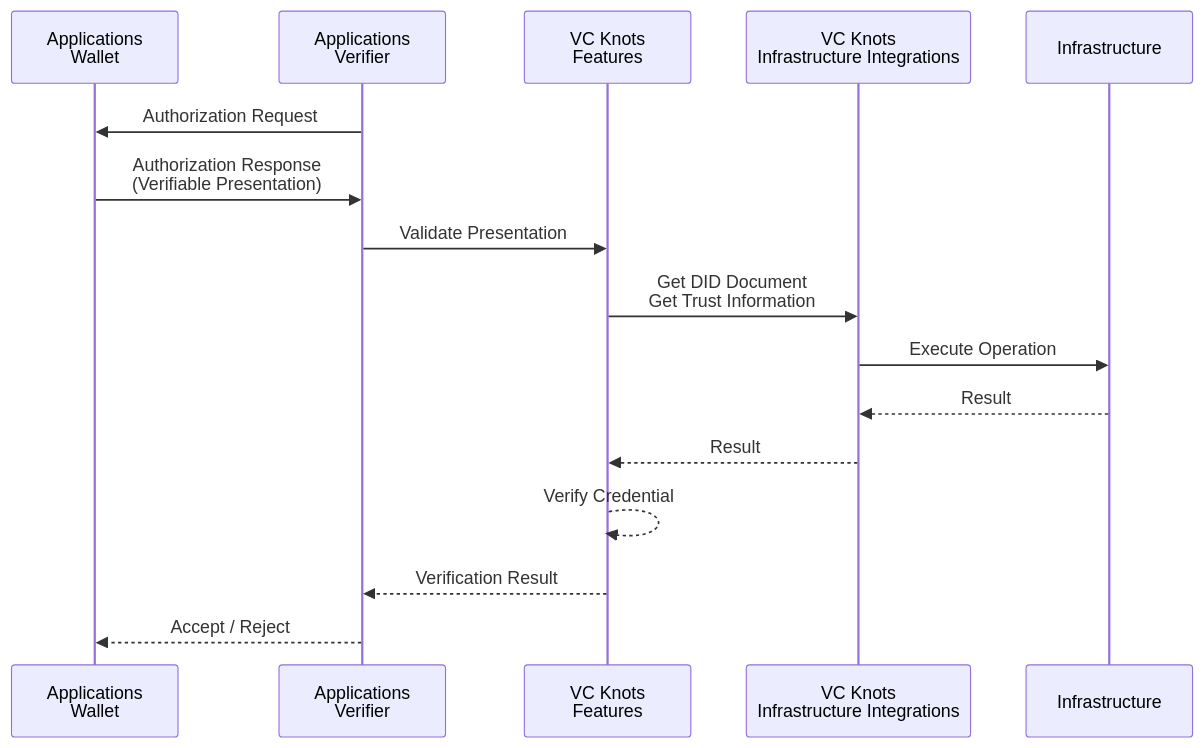
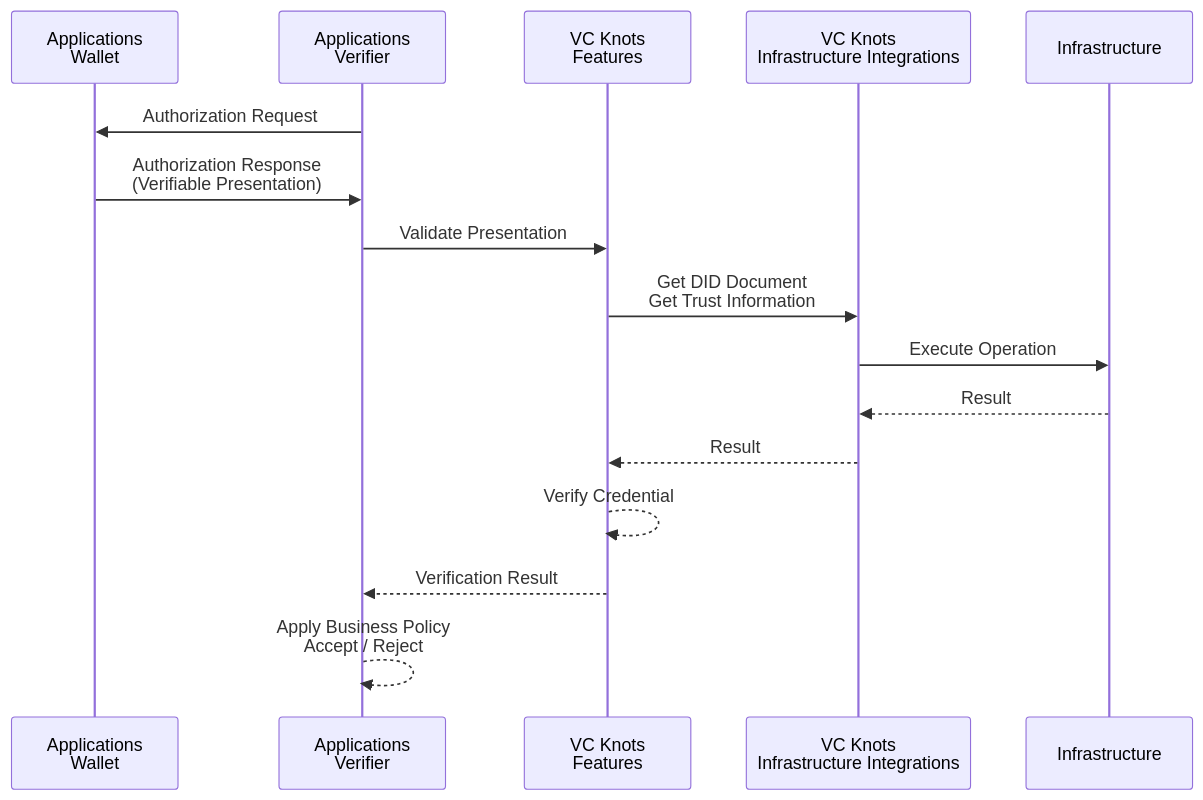
Before and after one commit to trustknots/vcknots: the second of 2 diagrams in docs/en/architecture-overview.md, drawn with Mermaid. The commit also changed 4 other files, not shown here.

Commit message:
docs(architecture-overview): fix review comments at vp flow diagrams

````diff
--- a/docs/en/architecture-overview.md
+++ b/docs/en/architecture-overview.md
@@ -127,21 +127,21 @@
 ```mermaid
 sequenceDiagram
 
     participant wallet as Applications<br/>Wallet
     participant verifier as Applications<br/>Verifier
     participant vcknots as VC Knots<br/>Features
     participant infraint as VC Knots<br/>Infrastructure Integrations
     participant infra as Infrastructure
 
     verifier->>wallet: Authorization Request
     wallet->>verifier: Authorization Response<br/>(Verifiable Presentation)
 
     verifier->>vcknots: Validate Presentation
     vcknots->>infraint: Get DID Document<br/>Get Trust Information
     infraint->>infra: Execute Operation
     infra-->>infraint: Result
     infraint-->>vcknots: Result
     vcknots-->>vcknots: Verify Credential
     vcknots-->>verifier: Verification Result
-    verifier-->>wallet: Accept / Reject
+    verifier-->>verifier: Apply Business Policy<br/>Accept / Reject
 ```
````
